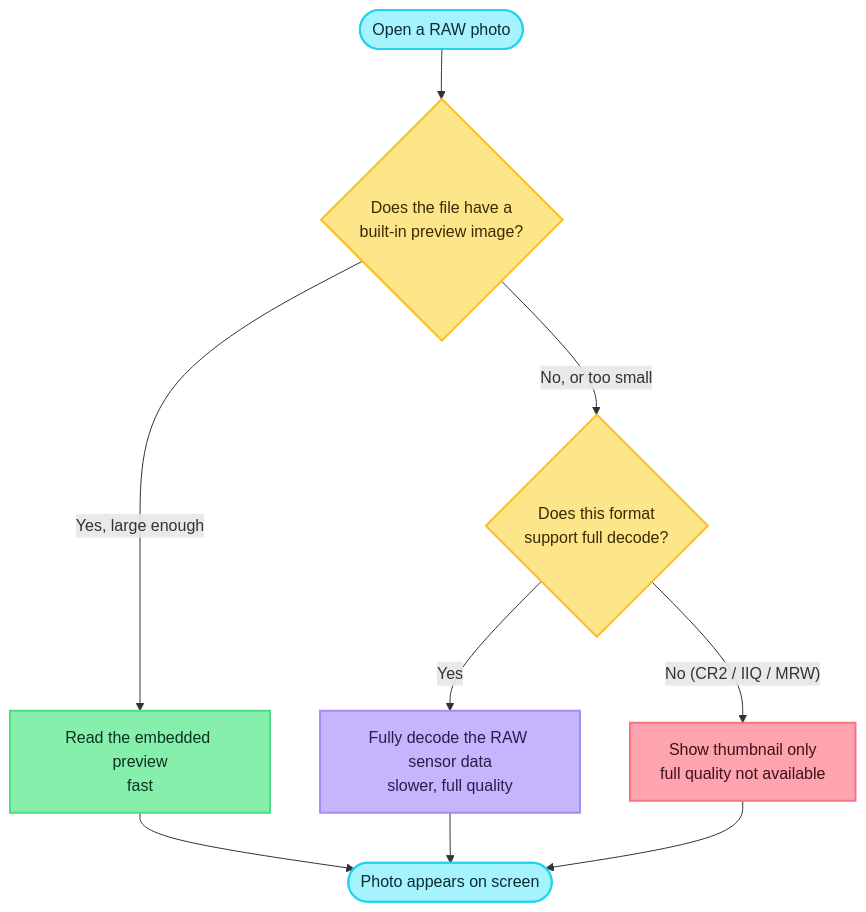
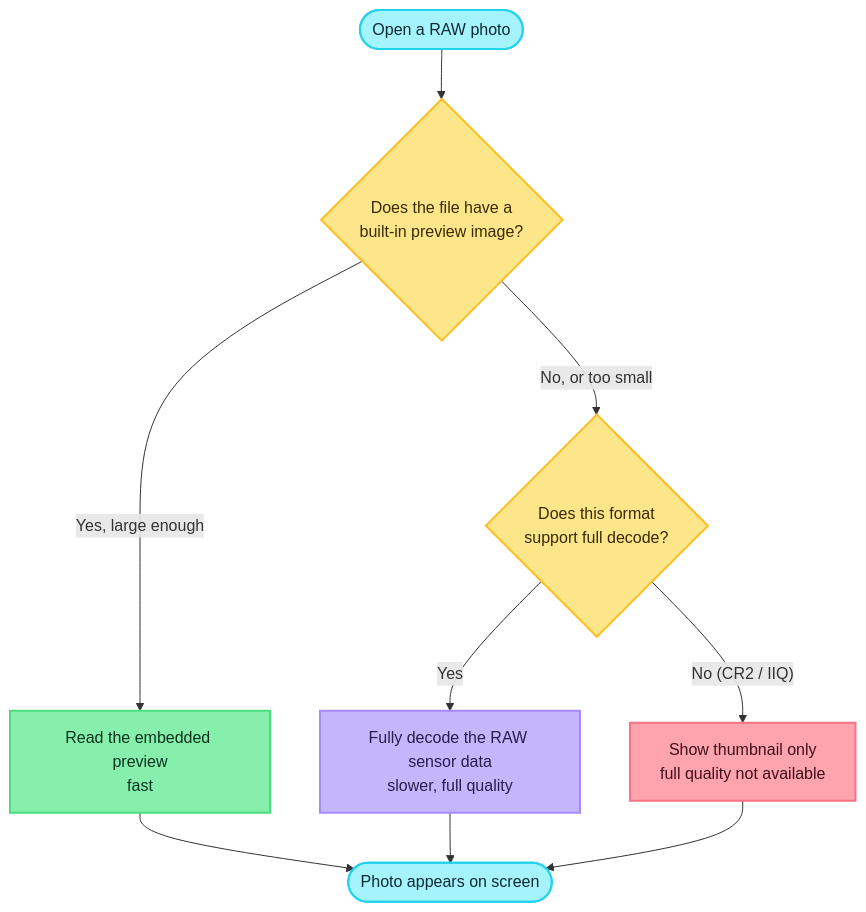
The fifth of 9 diagrams in README.md (jhangyu/halcyon), drawn with Mermaid before and after one commit. The commit also changed other lines of this file and 6 other files, not shown here.

````diff
--- a/README.md
+++ b/README.md
@@ -532,25 +531,25 @@
 ```mermaid
 flowchart TD
     A(["Open a RAW photo"]) --> B{"Does the file have a<br/>built-in preview image?"}
     B -- "Yes, large enough" --> C["Read the embedded preview<br/>fast"]
     B -- "No, or too small" --> D{"Does this format<br/>support full decode?"}
     D -- "Yes" --> E["Fully decode the RAW sensor data<br/>slower, full quality"]
-    D -- "No (CR2 / IIQ / MRW)" --> F["Show thumbnail only<br/>full quality not available"]
+    D -- "No (CR2 / IIQ)" --> F["Show thumbnail only<br/>full quality not available"]
     C --> G(["Photo appears on screen"])
     E --> G
     F --> G
 
     classDef start fill:#a5f3fc,stroke:#22d3ee,stroke-width:2px,color:#0e2a33;
     classDef decision fill:#fde68a,stroke:#fbbf24,stroke-width:2px,color:#3a2a04;
     classDef fast fill:#86efac,stroke:#4ade80,stroke-width:2px,color:#0b3320;
     classDef slow fill:#c4b5fd,stroke:#a78bfa,stroke-width:2px,color:#2a1c4d;
     classDef limited fill:#fda4af,stroke:#fb7185,stroke-width:2px,color:#40101a;
     classDef done fill:#a5f3fc,stroke:#22d3ee,stroke-width:2px,color:#0e2a33;
 
     class A start;
     class B,D decision;
     class C fast;
     class E slow;
     class F limited;
     class G done;
 ```
````
